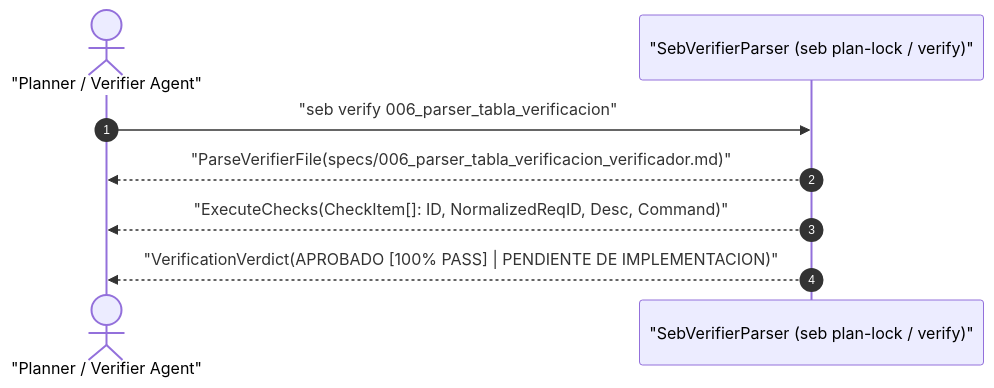
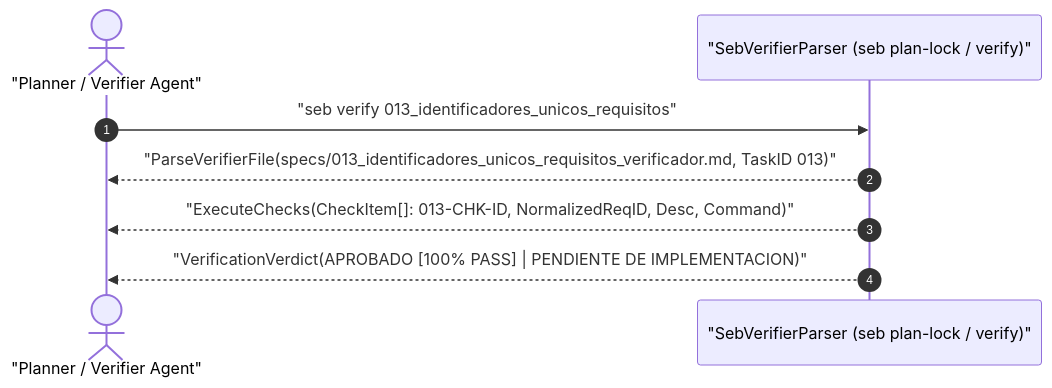
The first of 2 diagrams in docs/use-cases/UC-verifier_table_parsing.md (Calevin/seb-harness), drawn with Mermaid before and after one commit. The commit also changed other lines of this file and 78 other files, not shown here.

````diff
--- a/docs/use-cases/UC-verifier_table_parsing.md
+++ b/docs/use-cases/UC-verifier_table_parsing.md
@@ -17,11 +22,11 @@
 ```mermaid
 sequenceDiagram
     autonumber
     actor Caller as "Planner / Verifier Agent"
     participant System as "SebVerifierParser (seb plan-lock / verify)"
 
-    Caller->>System: "seb verify 006_parser_tabla_verificacion"
-    System-->>Caller: "ParseVerifierFile(specs/006_parser_tabla_verificacion_verificador.md)"
-    System-->>Caller: "ExecuteChecks(CheckItem[]: ID, NormalizedReqID, Desc, Command)"
+    Caller->>System: "seb verify 013_identificadores_unicos_requisitos"
+    System-->>Caller: "ParseVerifierFile(specs/013_identificadores_unicos_requisitos_verificador.md, TaskID 013)"
+    System-->>Caller: "ExecuteChecks(CheckItem[]: 013-CHK-ID, NormalizedReqID, Desc, Command)"
     System-->>Caller: "VerificationVerdict(APROBADO [100% PASS] | PENDIENTE DE IMPLEMENTACION)"
 ```
````
